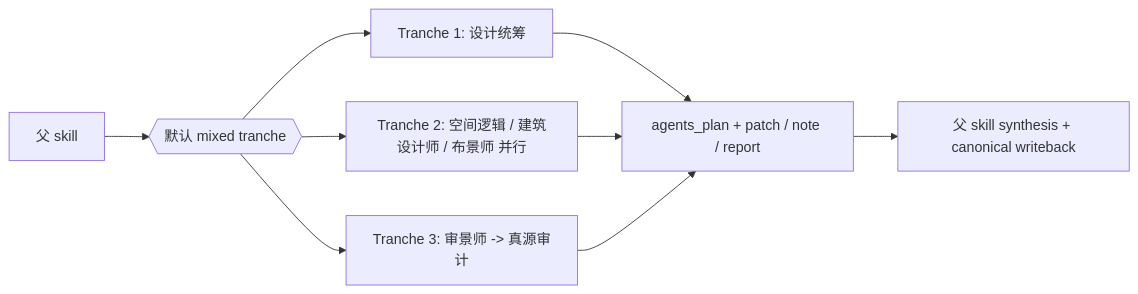
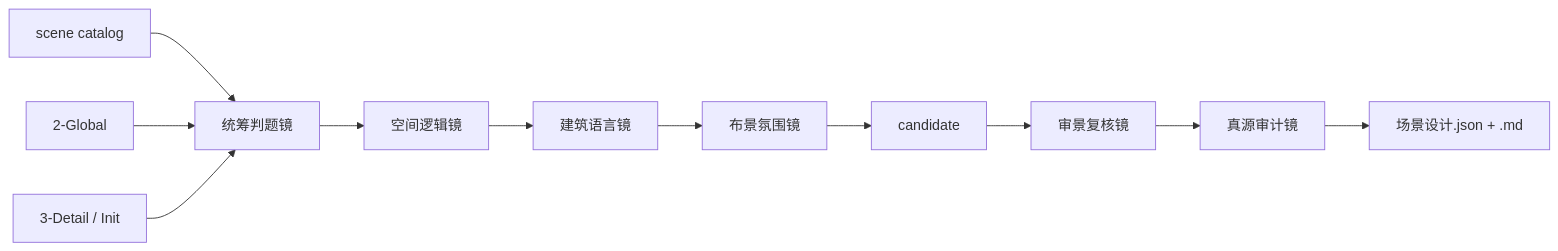
One commit to ZEN-VOID/AI-CUT changed the second of 3 diagrams in .agents/skills/aigc/4-Design/1-场景/2-设计/SKILL.md. Above: the diagram before and after it, drawn with Mermaid. The commit also changed other lines of this file and 182 other files, not shown here.

````diff
--- a/.agents/skills/aigc/4-Design/1-场景/2-设计/SKILL.md
+++ b/.agents/skills/aigc/4-Design/1-场景/2-设计/SKILL.md
@@ -74,11 +143,13 @@
 ```mermaid
 flowchart LR
-    A["父 skill"] --> B{{"默认 mixed tranche"}}
-    B --> C["Tranche 1: 设计统筹"]
-    B --> D["Tranche 2: 空间逻辑 / 建筑设计师 / 布景师 并行"]
-    B --> E["Tranche 3: 审景师 -> 真源审计"]
-    C --> F["agents_plan + patch / note / report"]
-    D --> F
-    E --> F
-    F --> G["父 skill synthesis + canonical writeback"]
+    A["scene catalog"] --> D["统筹判题镜"]
+    B["2-Global"] --> D
+    C["3-Detail / Init"] --> D
+    D --> E["空间逻辑镜"]
+    E --> F["建筑语言镜"]
+    F --> G["布景氛围镜"]
+    G --> H["candidate"]
+    H --> I["审景复核镜"]
+    I --> J["真源审计镜"]
+    J --> K["场景设计.json + <scene_key>.md"]
 ```
````
